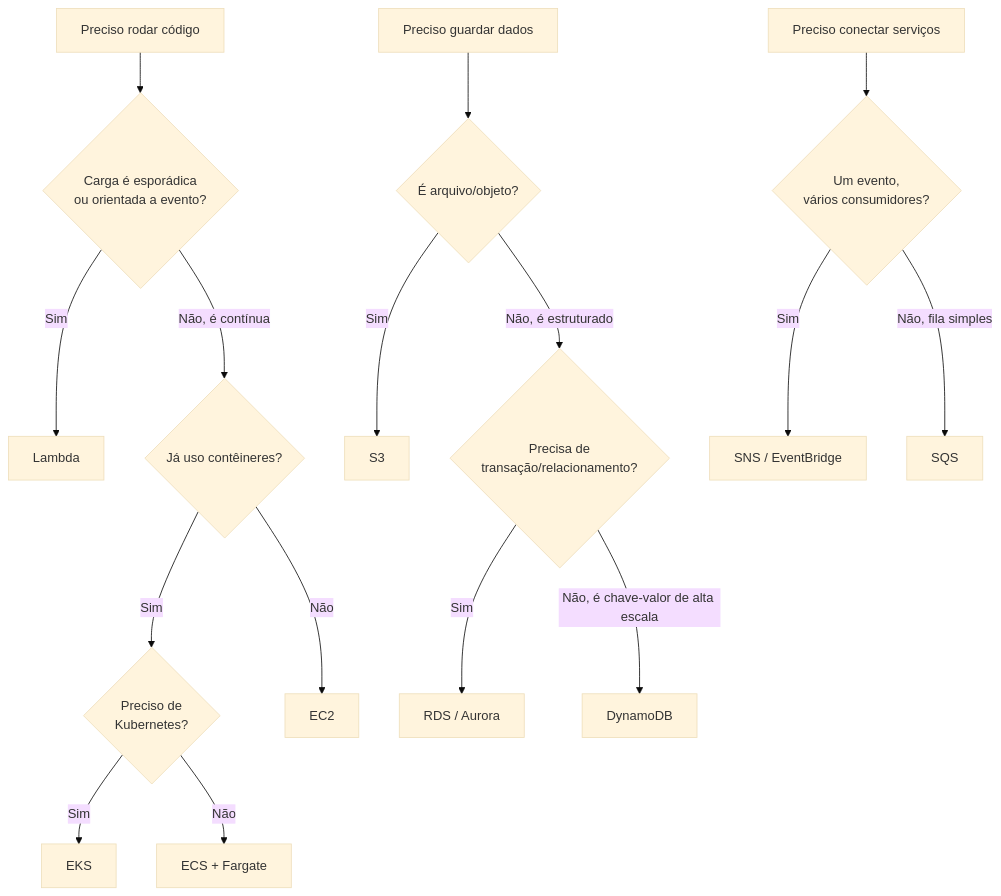
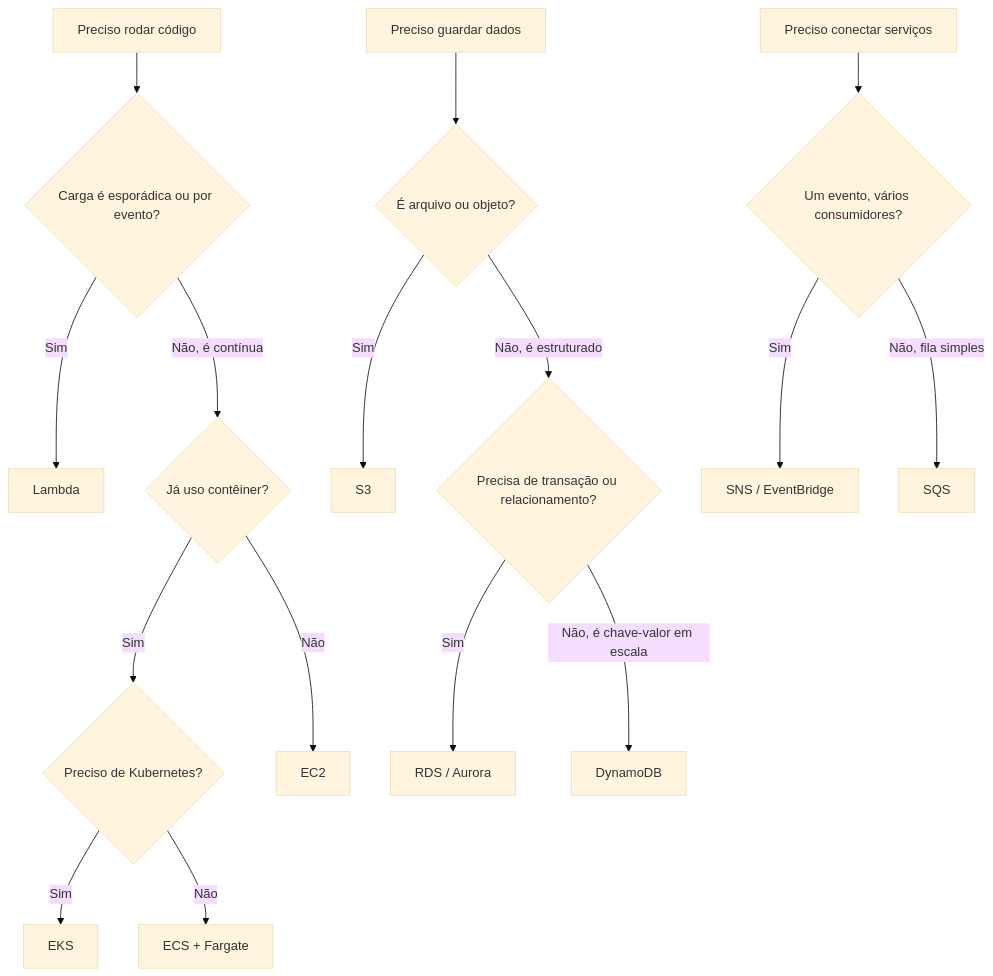
Before and after one commit to gabrielteramae/arquitetando-aws: the diagram in README.md, drawn with Mermaid (base theme). The commit also changed other lines of this file, not shown here.

````diff
--- a/README.md
+++ b/README.md
@@ -129,20 +151,20 @@
 ```mermaid
 graph TD
-    A[Preciso rodar código] --> B{Carga é esporádica<br/>ou orientada a evento?}
+    A[Preciso rodar código] --> B{Carga é esporádica ou por evento?}
     B -->|Sim| C[Lambda]
-    B -->|Não, é contínua| D{Já uso contêineres?}
-    D -->|Sim| E{Preciso de<br/>Kubernetes?}
+    B -->|Não, é contínua| D{Já uso contêiner?}
+    D -->|Sim| E{Preciso de Kubernetes?}
     E -->|Sim| F[EKS]
     E -->|Não| G[ECS + Fargate]
     D -->|Não| H[EC2]
 
-    I[Preciso guardar dados] --> J{É arquivo/objeto?}
+    I[Preciso guardar dados] --> J{É arquivo ou objeto?}
     J -->|Sim| K[S3]
-    J -->|Não, é estruturado| L{Precisa de<br/>transação/relacionamento?}
+    J -->|Não, é estruturado| L{Precisa de transação ou relacionamento?}
     L -->|Sim| M[RDS / Aurora]
-    L -->|Não, é chave-valor de alta escala| N[DynamoDB]
+    L -->|Não, é chave-valor em escala| N[DynamoDB]
 
-    O[Preciso conectar serviços] --> P{Um evento,<br/>vários consumidores?}
+    O[Preciso conectar serviços] --> P{Um evento, vários consumidores?}
     P -->|Sim| Q[SNS / EventBridge]
     P -->|Não, fila simples| R[SQS]
 ```
````
